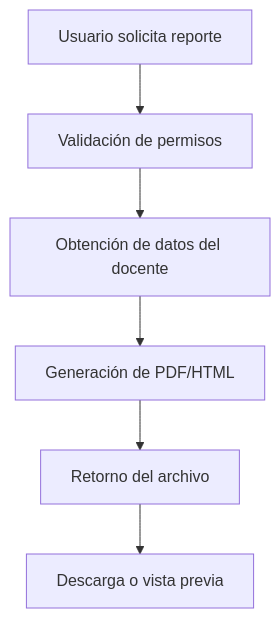
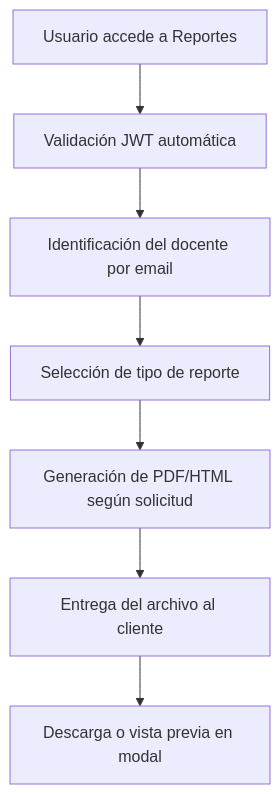
The first of 3 diagrams in Docs/IMPLEMENTACION_REPORTES_USUARIOS.md (Andriu-Dex/GestorAscensos-UTA), drawn with Mermaid before and after one commit. The commit also changed other lines of this file, not shown here.

Commit message:
Actualizar documentacion de reportes de usuario

````diff
--- a/Docs/IMPLEMENTACION_REPORTES_USUARIOS.md
+++ b/Docs/IMPLEMENTACION_REPORTES_USUARIOS.md
@@ -229,8 +293,9 @@
 ```mermaid
 graph TD
-    A[Usuario solicita reporte] --> B[Validación de permisos]
-    B --> C[Obtención de datos del docente]
-    C --> D[Generación de PDF/HTML]
-    D --> E[Retorno del archivo]
-    E --> F[Descarga o vista previa]
+    A[Usuario accede a Reportes] --> B[Validación JWT automática]
+    B --> C[Identificación del docente por email]
+    C --> D[Selección de tipo de reporte]
+    D --> E[Generación de PDF/HTML según solicitud]
+    E --> F[Entrega del archivo al cliente]
+    F --> G[Descarga o vista previa en modal]
 ```
````
